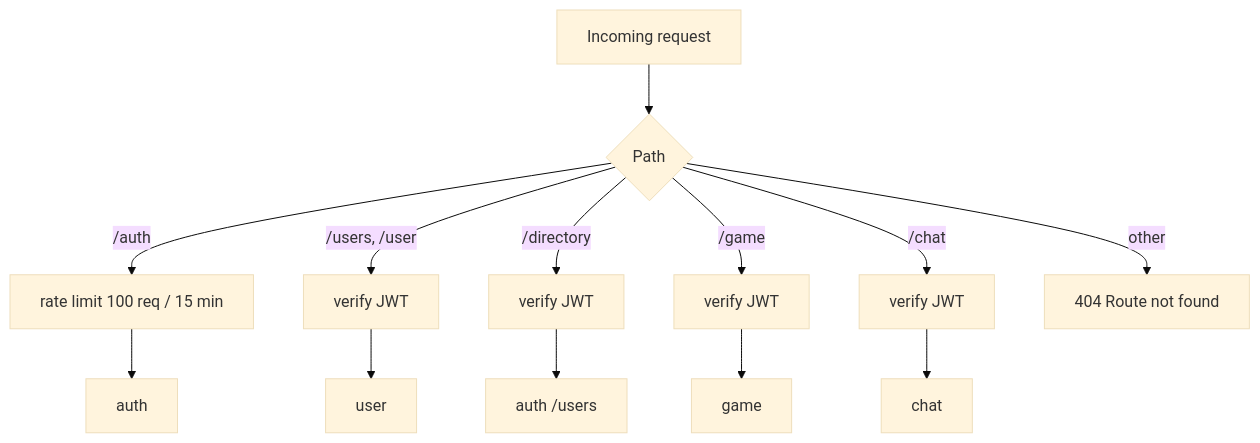
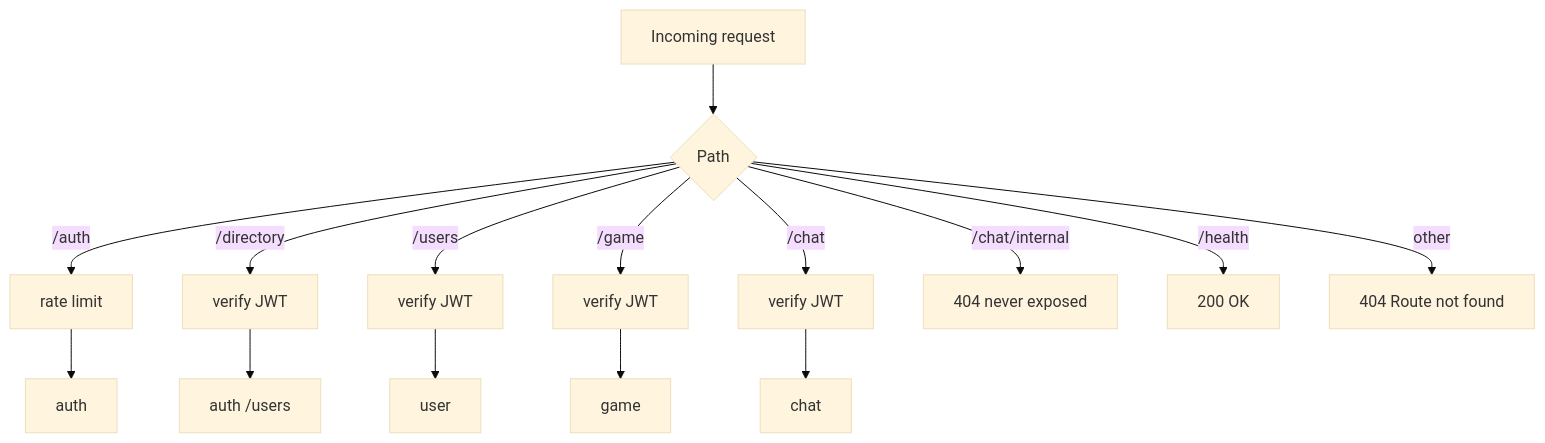
One commit to HanFeg-42/ft_transcendence changed the first of 3 diagrams in docs/architecture/gateway-and-infra.md. Above: the diagram before and after it, drawn with Mermaid (base theme). The commit also changed other lines of this file and 7 other files, not shown here.

````diff
--- a/docs/architecture/gateway-and-infra.md
+++ b/docs/architecture/gateway-and-infra.md
@@ -21,10 +22,12 @@
 ```mermaid
 flowchart TD
     R[Incoming request] --> P{Path}
-    P -- /auth --> L[rate limit 100 req / 15 min] --> A[auth]
-    P -- "/users, /user" --> T1[verify JWT] --> U[user]
-    P -- /directory --> T2[verify JWT] --> A2[auth /users]
+    P -- /auth --> L[rate limit] --> A[auth]
+    P -- /directory --> T2[verify JWT] --> A2["auth /users"]
+    P -- /users --> T1[verify JWT] --> U[user]
     P -- /game --> T3[verify JWT] --> M[game]
     P -- /chat --> T4[verify JWT] --> C[chat]
+    P -- /chat/internal --> X[404 never exposed]
+    P -- /health --> H[200 OK]
     P -- other --> N[404 Route not found]
 ```
````
